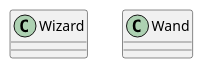
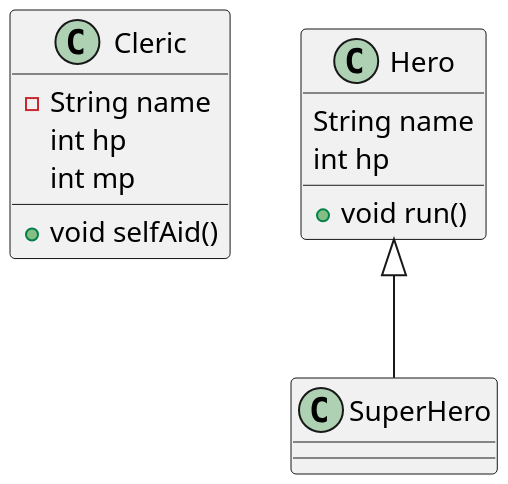
One commit to SurvivalCodingCampus/gangnam3-java-oop changed the diagram in src/main/java/com/survivalcoding/day01_class_instance/game.puml. Above: the diagram before and after it, drawn with PlantUML. The commit also changed 9 other files, not shown here.

```diff
--- a/src/main/java/com/survivalcoding/day01_class_instance/game.puml
+++ b/src/main/java/com/survivalcoding/day01_class_instance/game.puml
@@ -1,11 +1,25 @@
 @startuml
-scale 1
+scale 2
 
+class Cleric {
+    - String name
+    int hp
+    int mp
 
-class Wizard {
+    + void selfAid()
 }
 
-class Wand {
+class Hero {
+    String name
+    int hp
+
+    + void run()
 }
 
+class SuperHero extends Hero {
+
+}
+
+'Hero <|-- SuperHero
+
 @enduml
```
